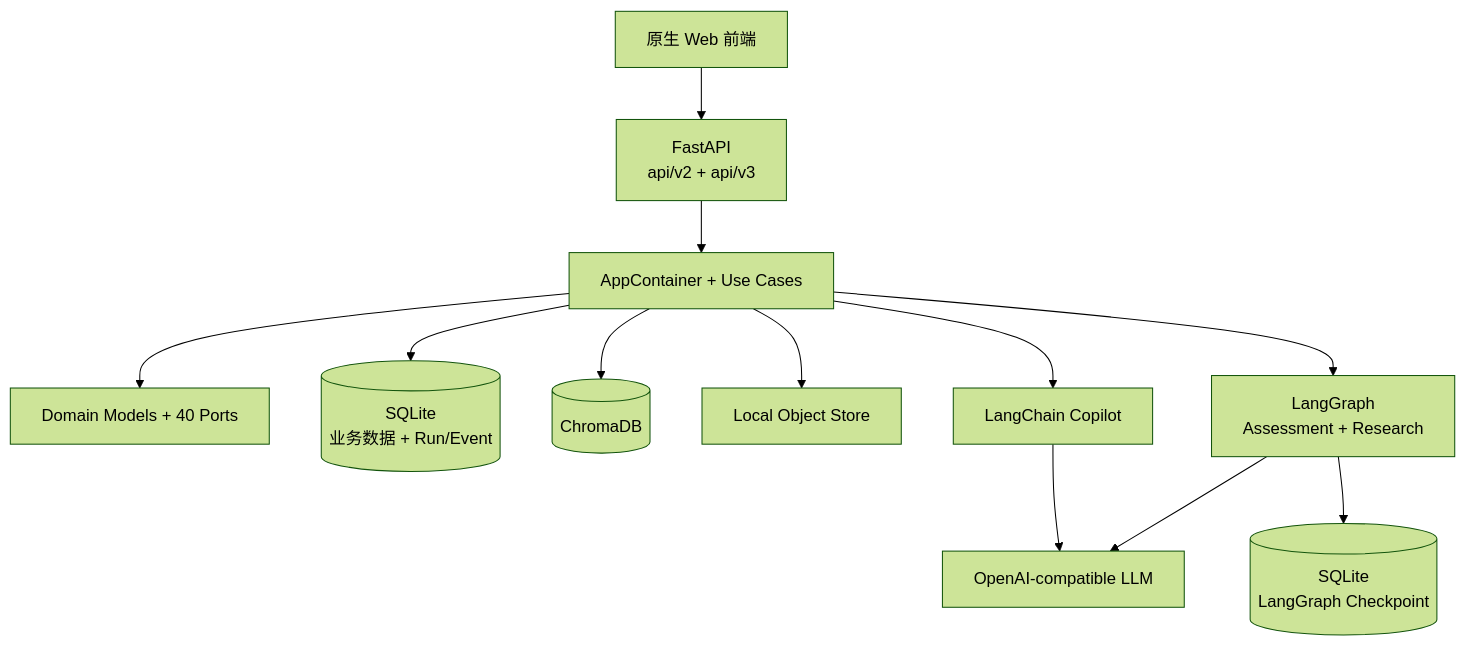
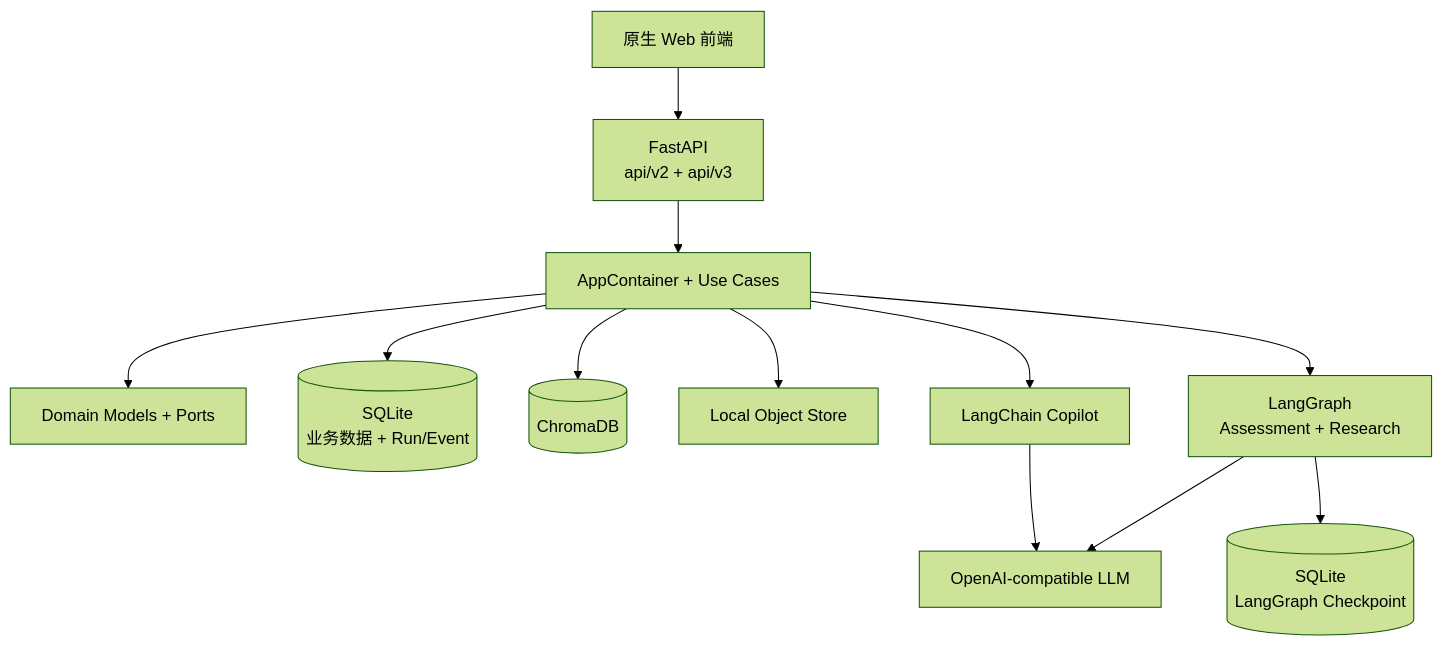
The first of 2 diagrams in docs/roadmap/autumn-recruitment-production-plan.md (Melodymll01/riskpilot-cross-border-data-agent), drawn with Mermaid (forest theme) before and after one commit. The commit also changed other lines of this file and 158 other files, not shown here.

````diff
--- a/docs/roadmap/autumn-recruitment-production-plan.md
+++ b/docs/roadmap/autumn-recruitment-production-plan.md
@@ -97,24 +98,24 @@
 ```mermaid
 flowchart TB
     Browser[原生 Web 前端]
     API[FastAPI<br/>api/v2 + api/v3]
     App[AppContainer + Use Cases]
-    Domain[Domain Models + 40 Ports]
+    Domain[Domain Models + Ports]
     SQLite[(SQLite<br/>业务数据 + Run/Event)]
     Checkpoint[(SQLite<br/>LangGraph Checkpoint)]
     Chroma[(ChromaDB)]
     LocalFS[Local Object Store]
     LLM[OpenAI-compatible LLM]
     Agent[LangChain Copilot]
     Graphs[LangGraph<br/>Assessment + Research]
 
     Browser --> API --> App --> Domain
     App --> Agent
     App --> Graphs
     App --> SQLite
     Graphs --> Checkpoint
     App --> Chroma
     App --> LocalFS
     Agent --> LLM
     Graphs --> LLM
 ```
````
